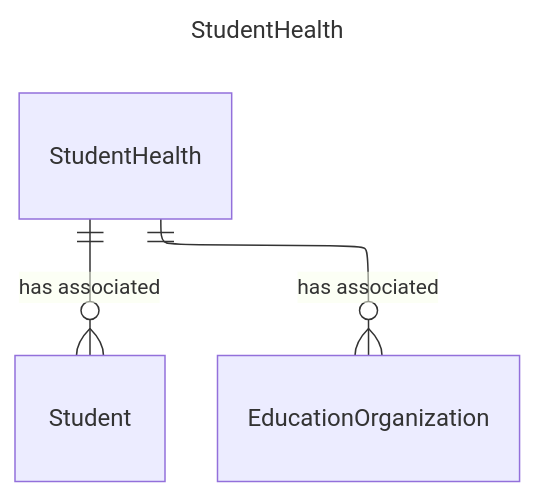
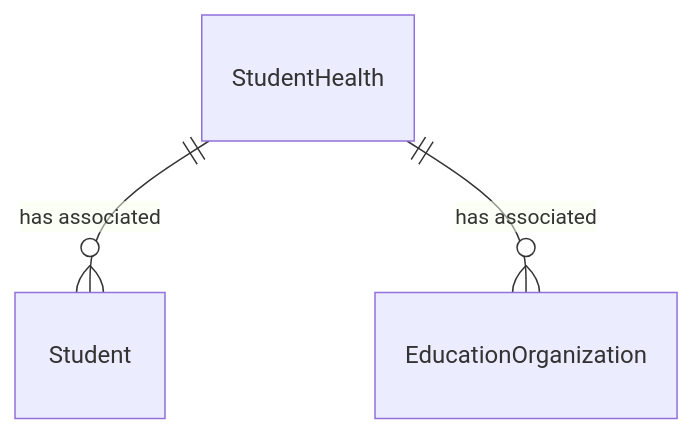
One commit to Ed-Fi-Alliance-OSS/ed-fi-alliance-oss.github.io changed the diagram in dataStandard_versioned_docs/version-6/model-reference/student-health-domain/StudentHealth-simple.mmd. Above: the diagram before and after it, drawn with Mermaid. The commit also changed 132 other files, not shown here.

```diff
--- a/dataStandard_versioned_docs/version-6/model-reference/student-health-domain/StudentHealth-simple.mmd
+++ b/dataStandard_versioned_docs/version-6/model-reference/student-health-domain/StudentHealth-simple.mmd
@@ -1,14 +1,9 @@
----
-title: StudentHealth
-config:
-  layout: elk
----
 erDiagram
     Student {
     }
     StudentHealth {
     }
     EducationOrganization {
     }
     StudentHealth ||--o{ Student : "has associated"
     StudentHealth ||--o{ EducationOrganization : "has associated"
```
